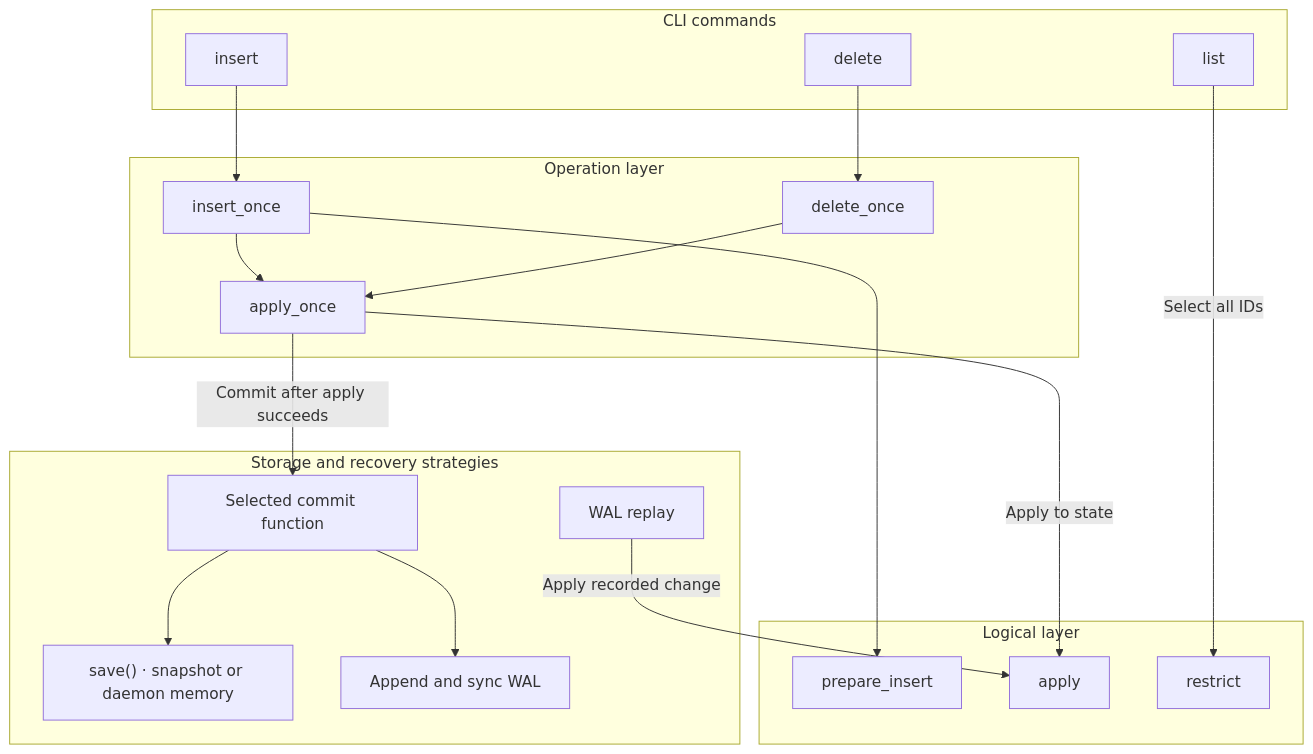
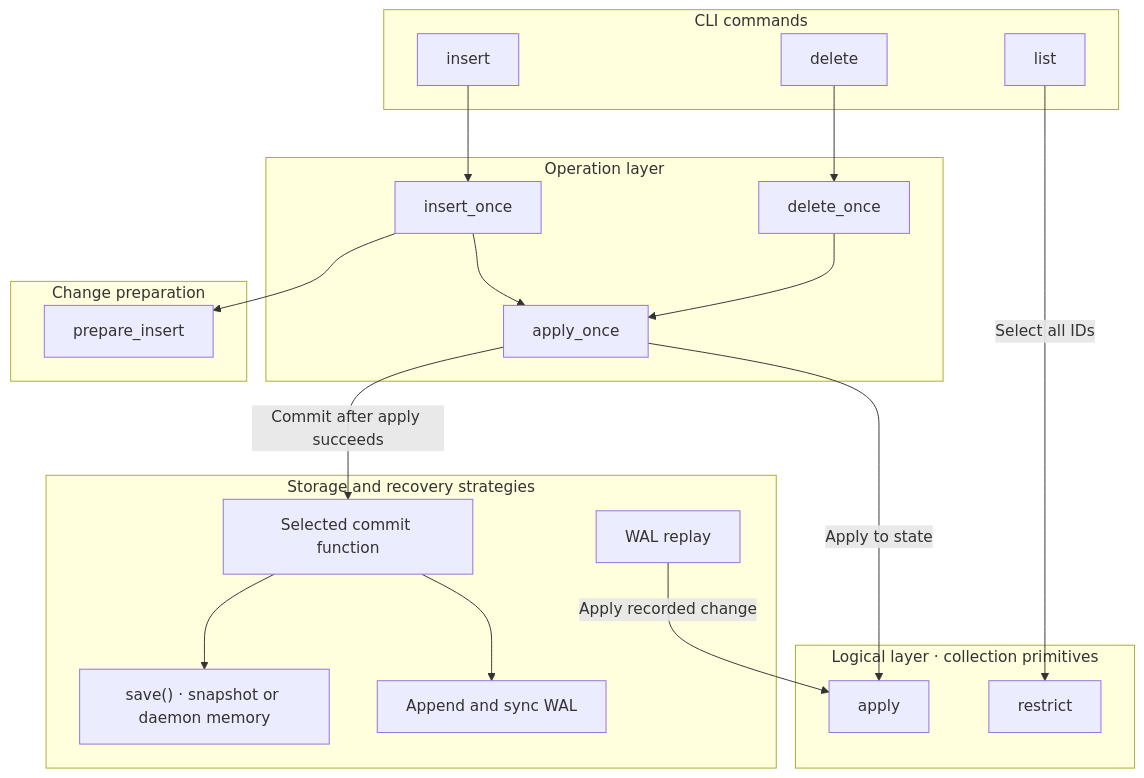
Before and after one commit to YoshiakiNishimura/persist-collections: the first of 2 diagrams in README.md, drawn with Mermaid. The commit also changed other lines of this file and 1 other file, not shown here.

Commit message:
Separate insert preparation from logical primitives

````diff
--- a/README.md
+++ b/README.md
@@ -121,39 +121,42 @@
 ```mermaid
 flowchart TD
     subgraph CLI["CLI commands"]
         Insert["insert"]
         Delete["delete"]
         List["list"]
     end
 
     subgraph Upper["Operation layer"]
         InsertOnce["insert_once"]
         DeleteOnce["delete_once"]
         ApplyOnce["apply_once"]
     end
 
-    subgraph Logical["Logical layer"]
+    subgraph Preparation["Change preparation"]
         Prepare["prepare_insert"]
+    end
+
+    subgraph Logical["Logical layer · collection primitives"]
         Apply["apply"]
         Restrict["restrict"]
     end
 
     subgraph Storage["Storage and recovery strategies"]
         Commit["Selected commit function"]
         Save["save() · snapshot or daemon memory"]
         Append["Append and sync WAL"]
         Replay["WAL replay"]
     end
 
     Insert --> InsertOnce
     Delete --> DeleteOnce
     List -->|"Select all IDs"| Restrict
     InsertOnce --> Prepare
     InsertOnce --> ApplyOnce
     DeleteOnce --> ApplyOnce
     ApplyOnce -->|"Apply to state"| Apply
     ApplyOnce -->|"Commit after apply succeeds"| Commit
     Commit --> Save
     Commit --> Append
     Replay -->|"Apply recorded change"| Apply
 ```
````
